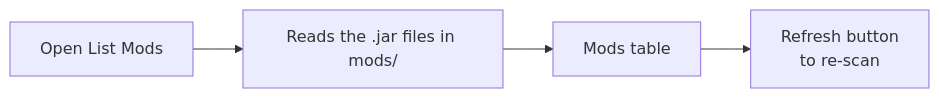
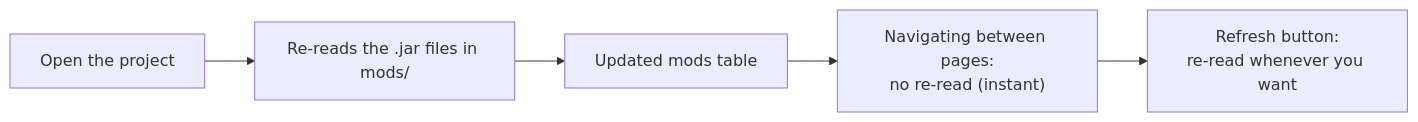
Before and after one commit to Alexkill536ITA/ForgeModpack: the first of 3 diagrams in docs/en/usage/03-mods-e-datapack.md, drawn with Mermaid. The commit also changed other lines of this file and 36 other files, not shown here.

````diff
--- a/docs/en/usage/03-mods-e-datapack.md
+++ b/docs/en/usage/03-mods-e-datapack.md
@@ -12,6 +13,7 @@
 ```mermaid
 graph LR
-    Scan["Open List Mods"] --> Read["Reads the .jar files in mods/"]
-    Read --> Table["Mods table"]
-    Table --> Refresh["Refresh button<br/>to re-scan"]
+    Open["Open the project"] --> Read["Re-reads the .jar files in mods/"]
+    Read --> Table["Updated mods table"]
+    Table --> Nav["Navigating between pages:<br/>no re-read (instant)"]
+    Nav --> Refresh["Refresh button:<br/>re-read whenever you want"]
 ```
````
